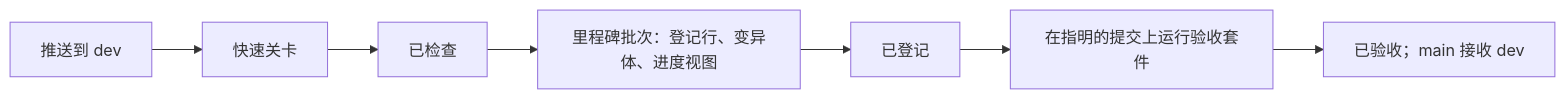
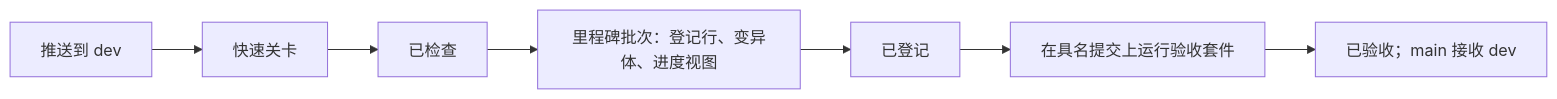
Before and after one commit to cla7aye15I4nd/oss-proof: the diagram in docs/checking/README.zh.md, drawn with Mermaid. The commit also changed other lines of this file and 7 other files, not shown here.

````diff
--- a/docs/checking/README.zh.md
+++ b/docs/checking/README.zh.md
@@ -22,9 +22,9 @@
 ```mermaid
 flowchart LR
     P["推送到 dev"] --> G["快速关卡"]
     G --> C["已检查"]
     C --> M["里程碑批次：登记行、变异体、进度视图"]
     M --> R["已登记"]
-    R --> A["在指明的提交上运行验收套件"]
+    R --> A["在具名提交上运行验收套件"]
     A --> F["已验收；main 接收 dev"]
 ```
````
